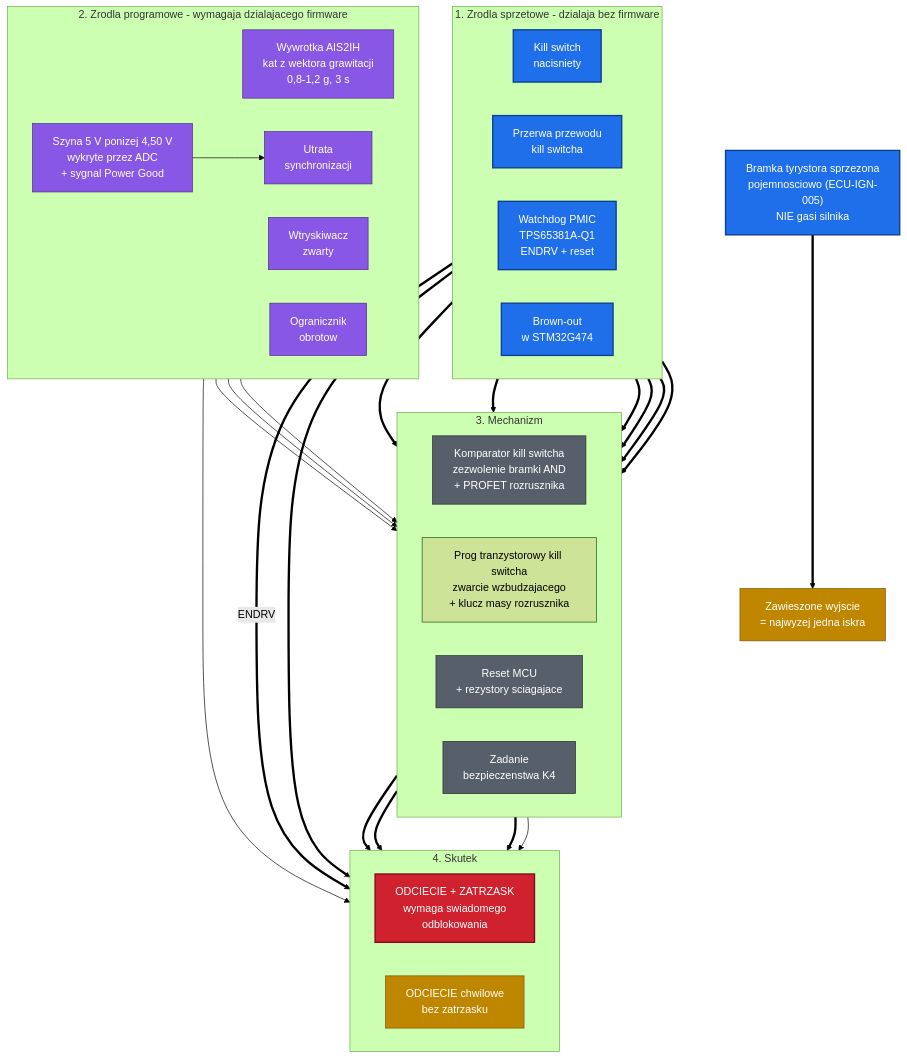
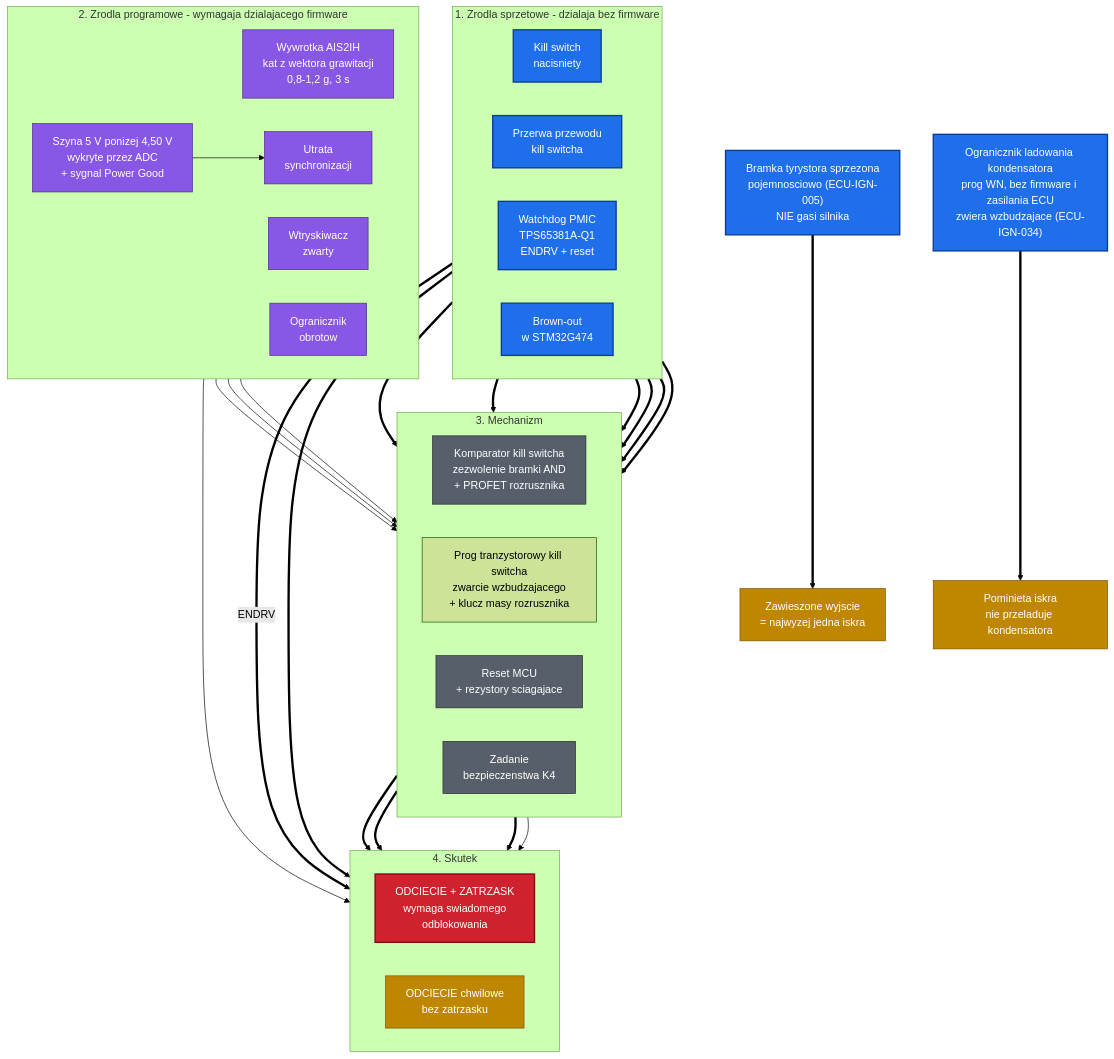
Before and after one commit to DustWorx/DustONE-project-docs: the diagram in diagrams/diagram-bezpieczenstwa.mermaid, drawn with Mermaid (forest theme). The commit also changed 13 other files, not shown here.

```diff
--- a/diagrams/diagram-bezpieczenstwa.mermaid
+++ b/diagrams/diagram-bezpieczenstwa.mermaid
@@ -1,82 +1,85 @@
 %% DOC-008 — Diagram bezpieczenstwa: lancuch odciecia zaplonu i wtrysku
 %% Wersja 1.2 | Status: roboczy | Wlasciciel: Pawel | Opracowanie: Claude | 2026-09-29
 %% Dokument nadrzedny: proces-rozwoju-ecu.md (DOC-001)
 %% Zrodlo: faza2-fw-specyfikacja.md punkt B (B.1.1 zamknieta lista zdarzen, B.2 macierz usterek)
 %% Odpowiada na pozycje audytu F-031 (1 z 3 wymaganych diagramow)
 %% LEGENDA: strzalka gruba = sciezka sprzetowa, dziala przy zawieszonym firmware.
 %%          strzalka cienka = sciezka programowa, nadzorowana watchdogiem.
 %% Objasnienia i uzasadnienia kazdej sciezki: faza2-fw-specyfikacja.md punkt B.
+%% Zmiana 1.3 (09.11.2026): ogranicznik ladowania kondensatora AC-CDI (ECU-IGN-034).
 %% Zmiana 1.2 (29.09.2026): pokazany mechanizm wykrycia szyny 5 V (ADC + Power Good)
 %%   oraz rezystory sciagajace na linii bramkujacej EN (ECU-SAF-016).
 %% Zmiana 2.0 (25.10.2026): tor AC-CDI — bramka impulsowa zamiast sufitu HRTIM, dwie sciezki kill switcha,
 %%   wywrotka z akcelerometru AIS2IH (ECU-SAF-005).
 %% Zmiana 2.1 (1.11.2026): dwa osobne uklady progowe kill switcha (firmware.md B.1.3).
 %% Zmiana 2.2 (1.11.2026): watchdog w PMIC TPS65381A-Q1, ENDRV blokuje zaplon sprzetowo.
 
 flowchart TB
 
     subgraph HW["1. Zrodla sprzetowe - dzialaja bez firmware"]
         direction LR
         KS_PRESS["Kill switch<br/>nacisniety"]
         KS_BREAK["Przerwa przewodu<br/>kill switcha"]
         WDG["Watchdog PMIC<br/>TPS65381A-Q1<br/>ENDRV + reset"]
         BOR["Brown-out<br/>w STM32G474"]
     end
 
     subgraph FWS["2. Zrodla programowe - wymagaja dzialajacego firmware"]
         direction LR
         IMU_F["Wywrotka AIS2IH<br/>kat z wektora grawitacji<br/>0,8-1,2 g, 3 s"]
         SYNC["Utrata<br/>synchronizacji"]
         INJ_S["Wtryskiwacz<br/>zwarty"]
         RAIL["Szyna 5 V ponizej 4,50 V<br/>wykryte przez ADC<br/>+ sygnal Power Good"]
         REV["Ogranicznik<br/>obrotow"]
     end
 
     subgraph MECH["3. Mechanizm"]
         direction LR
         CMP["Komparator kill switcha<br/>zezwolenie bramki AND<br/>+ PROFET rozrusznika"]
         THR["Prog tranzystorowy kill switcha<br/>zwarcie wzbudzajacego<br/>+ klucz masy rozrusznika"]
         RST["Reset MCU<br/>+ rezystory sciagajace"]
         FWT["Zadanie<br/>bezpieczenstwa K4"]
     end
 
     subgraph OUT["4. Skutek"]
         direction LR
         CUT_L["ODCIECIE + ZATRZASK<br/>wymaga swiadomego<br/>odblokowania"]
         CUT_T["ODCIECIE chwilowe<br/>bez zatrzasku"]
     end
 
     KS_PRESS ==> CMP
     KS_BREAK ==> CMP
     KS_PRESS ==> THR
     KS_BREAK ==> THR
     WDG ==> RST
     WDG ==>|"ENDRV"| CUT_T
     BOR ==> RST
 
     RAIL --> SYNC
     IMU_F --> FWT
     SYNC --> FWT
     INJ_S --> FWT
 
     CMP ==> CUT_T
     THR ==> CUT_T
     KS_BREAK ==> CUT_L
     RST ==> CUT_L
     FWT --> CUT_L
     REV --> CUT_T
 
     HRT["Bramka tyrystora sprzezona<br/>pojemnosciowo (ECU-IGN-005)<br/>NIE gasi silnika"]
     HRT ==> LIMIT["Zawieszone wyjscie<br/>= najwyzej jedna iskra"]
+    CHG["Ogranicznik ladowania kondensatora<br/>prog WN, bez firmware i zasilania ECU<br/>zwiera wzbudzajace (ECU-IGN-034)"]
+    CHG ==> CHG_L["Pominieta iskra<br/>nie przeladuje kondensatora"]
 
     classDef hw fill:#1f6feb,stroke:#0b3d91,color:#ffffff,stroke-width:2px
     classDef fw fill:#8957e5,stroke:#4c2889,color:#ffffff
     classDef mech fill:#57606a,stroke:#24292f,color:#ffffff
     classDef latch fill:#cf222e,stroke:#82071e,color:#ffffff,stroke-width:2px
     classDef soft fill:#bf8700,stroke:#7d4e00,color:#ffffff
 
-    class KS_PRESS,KS_BREAK,WDG,BOR,HRT hw
+    class KS_PRESS,KS_BREAK,WDG,BOR,HRT,CHG hw
     class IMU_F,SYNC,INJ_S,RAIL,REV fw
     class CMP,RST,FWT mech
     class CUT_L latch
-    class CUT_T,LIMIT soft
+    class CUT_T,LIMIT,CHG_L soft
```
